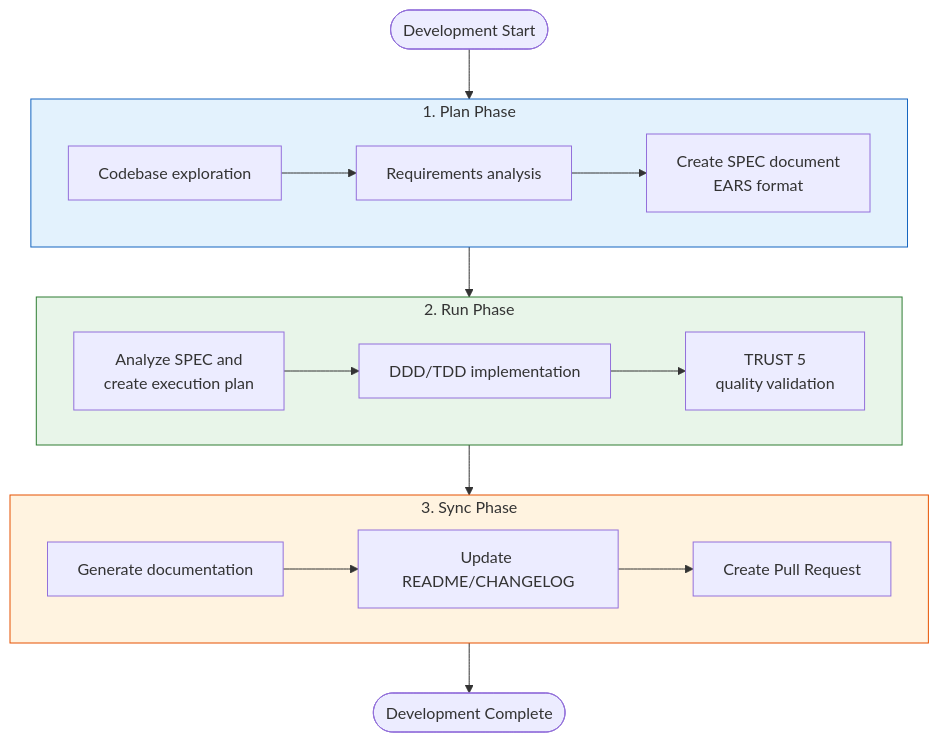
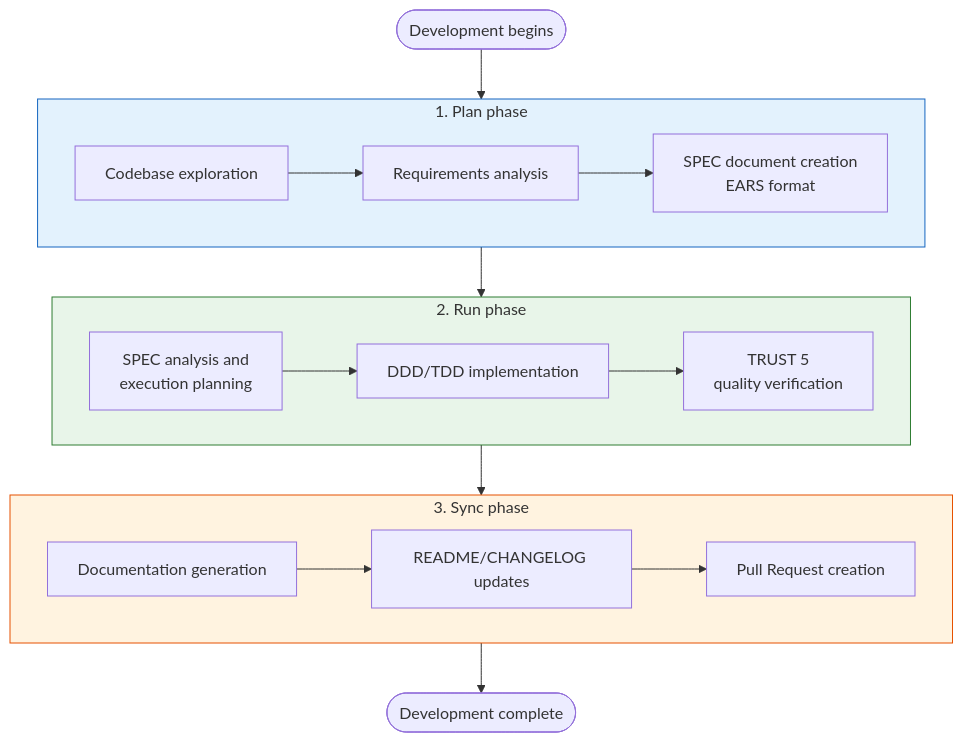
The fourth of 5 diagrams in docs-site/content/en/core-concepts/what-is-moai-adk.md (modu-ai/moai-adk), drawn with Mermaid before and after one commit. The commit also changed other lines of this file and 395 other files, not shown here.

````diff
--- a/docs-site/content/en/core-concepts/what-is-moai-adk.md
+++ b/docs-site/content/en/core-concepts/what-is-moai-adk.md
@@ -287,29 +326,29 @@
 ```mermaid
 flowchart TD
-    Start(["Development Start"]) --> Plan
+    Start(["Development begins"]) --> Plan
 
-    subgraph Plan["1. Plan Phase"]
+    subgraph Plan["1. Plan phase"]
         P1["Codebase exploration"] --> P2["Requirements analysis"]
-        P2 --> P3["Create SPEC document\nEARS format"]
+        P2 --> P3["SPEC document creation\nEARS format"]
     end
 
     Plan --> Run
 
-    subgraph Run["2. Run Phase"]
-        R1["Analyze SPEC and\ncreate execution plan"] --> R2["DDD/TDD implementation"]
-        R2 --> R3["TRUST 5\nquality validation"]
+    subgraph Run["2. Run phase"]
+        R1["SPEC analysis and\nexecution planning"] --> R2["DDD/TDD implementation"]
+        R2 --> R3["TRUST 5\nquality verification"]
     end
 
     Run --> Sync
 
-    subgraph Sync["3. Sync Phase"]
-        S1["Generate documentation"] --> S2["Update README/CHANGELOG"]
-        S2 --> S3["Create Pull Request"]
+    subgraph Sync["3. Sync phase"]
+        S1["Documentation generation"] --> S2["README/CHANGELOG updates"]
+        S2 --> S3["Pull Request creation"]
     end
 
-    Sync --> Done(["Development Complete"])
+    Sync --> Done(["Development complete"])
 
     style Plan fill:#E3F2FD,stroke:#1565C0
     style Run fill:#E8F5E9,stroke:#2E7D32
     style Sync fill:#FFF3E0,stroke:#E65100
 ```
````
